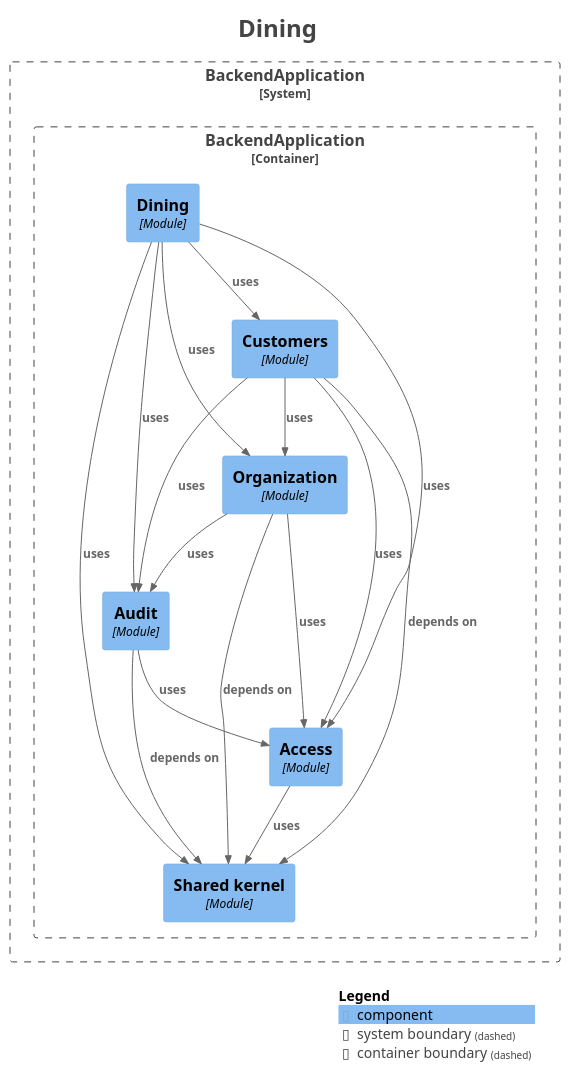
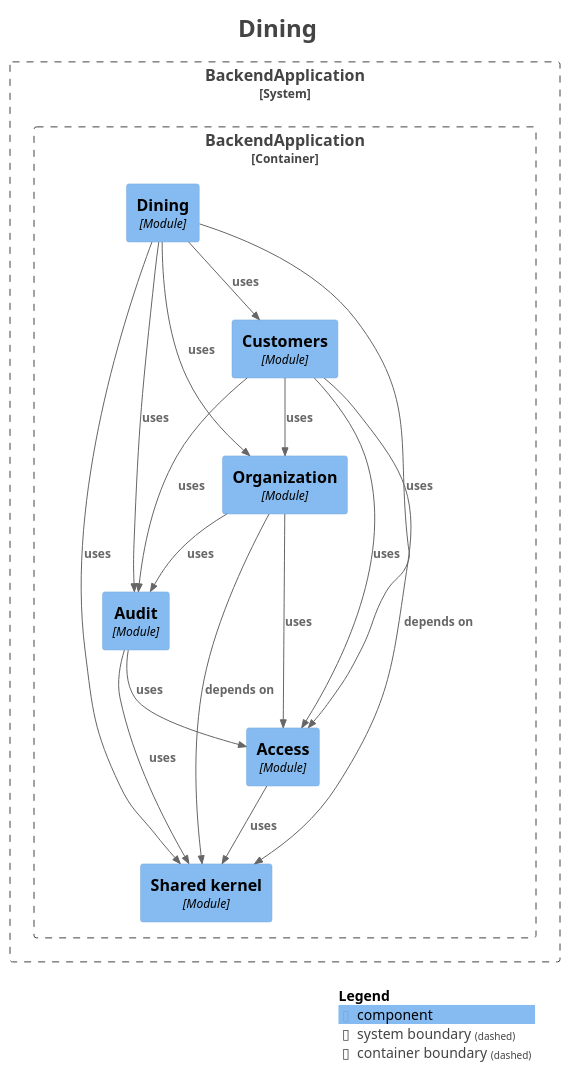
The diagram in docs/architecture/modules/module-dining.puml (fxavier/restaurantePRO), drawn with PlantUML before and after one commit. The commit also changed 23 other files, not shown here.

```diff
--- a/docs/architecture/modules/module-dining.puml
+++ b/docs/architecture/modules/module-dining.puml
@@ -1,48 +1,48 @@
 @startuml
 title <size:24>Dining</size>
 
 set separator none
 top to bottom direction
 
 <style>
   root {
     BackgroundColor: #ffffff
     FontColor: #444444
   }
 </style>
 
 !include <C4/C4>
 !include <C4/C4_Context>
 !include <C4/C4_Component>
 
 System_Boundary("BackendApplication_boundary", "BackendApplication", $tags="") {
   Container_Boundary("BackendApplication.BackendApplication_boundary", "BackendApplication", $tags="") {
     Component(BackendApplication.BackendApplication.Dining, "Dining", $techn="Module", $descr="", $tags="", $link="")
     Component(BackendApplication.BackendApplication.Sharedkernel, "Shared kernel", $techn="Module", $descr="", $tags="", $link="")
     Component(BackendApplication.BackendApplication.Access, "Access", $techn="Module", $descr="", $tags="", $link="")
     Component(BackendApplication.BackendApplication.Audit, "Audit", $techn="Module", $descr="", $tags="", $link="")
     Component(BackendApplication.BackendApplication.Organization, "Organization", $techn="Module", $descr="", $tags="", $link="")
     Component(BackendApplication.BackendApplication.Customers, "Customers", $techn="Module", $descr="", $tags="", $link="")
   }
 
 }
 
-Rel(BackendApplication.BackendApplication.Audit, BackendApplication.BackendApplication.Access, "uses", $techn="", $tags="", $link="")
-Rel(BackendApplication.BackendApplication.Customers, BackendApplication.BackendApplication.Sharedkernel, "depends on", $techn="", $tags="", $link="")
-Rel(BackendApplication.BackendApplication.Customers, BackendApplication.BackendApplication.Access, "uses", $techn="", $tags="", $link="")
-Rel(BackendApplication.BackendApplication.Customers, BackendApplication.BackendApplication.Organization, "uses", $techn="", $tags="", $link="")
-Rel(BackendApplication.BackendApplication.Customers, BackendApplication.BackendApplication.Audit, "uses", $techn="", $tags="", $link="")
-Rel(BackendApplication.BackendApplication.Organization, BackendApplication.BackendApplication.Sharedkernel, "depends on", $techn="", $tags="", $link="")
-Rel(BackendApplication.BackendApplication.Organization, BackendApplication.BackendApplication.Audit, "uses", $techn="", $tags="", $link="")
-Rel(BackendApplication.BackendApplication.Organization, BackendApplication.BackendApplication.Access, "uses", $techn="", $tags="", $link="")
-Rel(BackendApplication.BackendApplication.Access, BackendApplication.BackendApplication.Sharedkernel, "uses", $techn="", $tags="", $link="")
 Rel(BackendApplication.BackendApplication.Dining, BackendApplication.BackendApplication.Access, "uses", $techn="", $tags="", $link="")
 Rel(BackendApplication.BackendApplication.Dining, BackendApplication.BackendApplication.Audit, "uses", $techn="", $tags="", $link="")
 Rel(BackendApplication.BackendApplication.Dining, BackendApplication.BackendApplication.Sharedkernel, "uses", $techn="", $tags="", $link="")
 Rel(BackendApplication.BackendApplication.Dining, BackendApplication.BackendApplication.Organization, "uses", $techn="", $tags="", $link="")
 Rel(BackendApplication.BackendApplication.Dining, BackendApplication.BackendApplication.Customers, "uses", $techn="", $tags="", $link="")
-Rel(BackendApplication.BackendApplication.Audit, BackendApplication.BackendApplication.Sharedkernel, "depends on", $techn="", $tags="", $link="")
+Rel(BackendApplication.BackendApplication.Organization, BackendApplication.BackendApplication.Sharedkernel, "depends on", $techn="", $tags="", $link="")
+Rel(BackendApplication.BackendApplication.Organization, BackendApplication.BackendApplication.Audit, "uses", $techn="", $tags="", $link="")
+Rel(BackendApplication.BackendApplication.Organization, BackendApplication.BackendApplication.Access, "uses", $techn="", $tags="", $link="")
+Rel(BackendApplication.BackendApplication.Audit, BackendApplication.BackendApplication.Access, "uses", $techn="", $tags="", $link="")
+Rel(BackendApplication.BackendApplication.Audit, BackendApplication.BackendApplication.Sharedkernel, "uses", $techn="", $tags="", $link="")
+Rel(BackendApplication.BackendApplication.Access, BackendApplication.BackendApplication.Sharedkernel, "uses", $techn="", $tags="", $link="")
+Rel(BackendApplication.BackendApplication.Customers, BackendApplication.BackendApplication.Sharedkernel, "depends on", $techn="", $tags="", $link="")
+Rel(BackendApplication.BackendApplication.Customers, BackendApplication.BackendApplication.Access, "uses", $techn="", $tags="", $link="")
+Rel(BackendApplication.BackendApplication.Customers, BackendApplication.BackendApplication.Organization, "uses", $techn="", $tags="", $link="")
+Rel(BackendApplication.BackendApplication.Customers, BackendApplication.BackendApplication.Audit, "uses", $techn="", $tags="", $link="")
 
 SHOW_LEGEND(true)
 hide stereotypes
 @enduml
```
